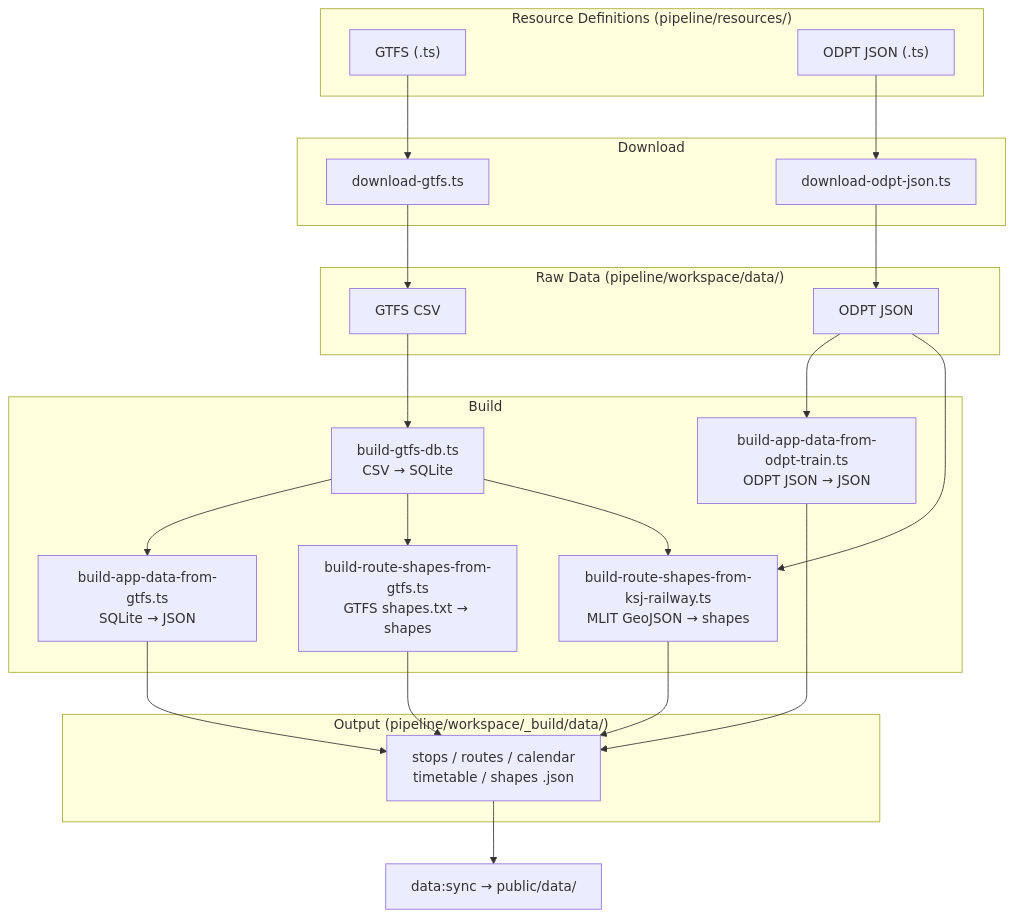
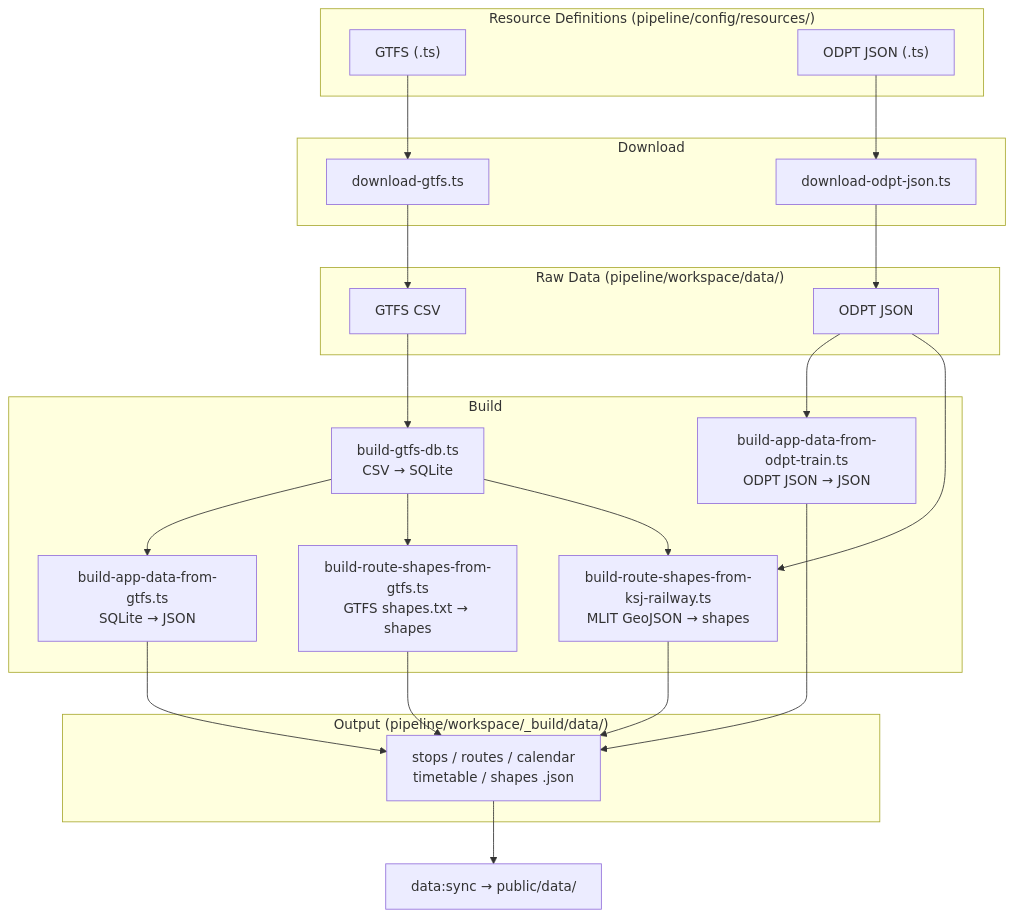
One commit to F88/athenai-transit changed the diagram in pipeline/README.md. Above: the diagram before and after it, drawn with Mermaid. The commit also changed other lines of this file and 25 other files, not shown here.

First line of the commit message:
refactor(pipeline): update all path references for config/ move

````diff
--- a/pipeline/README.md
+++ b/pipeline/README.md
@@ -61,35 +61,35 @@
 ```mermaid
 flowchart TD
-    subgraph src["Resource Definitions (pipeline/resources/)"]
+    subgraph src["Resource Definitions (pipeline/config/resources/)"]
         GR["GTFS (.ts)"]
         OR["ODPT JSON (.ts)"]
     end
 
     subgraph dl["Download"]
         GR --> DG["download-gtfs.ts"]
         OR --> DO["download-odpt-json.ts"]
     end
 
     subgraph raw["Raw Data (pipeline/workspace/data/)"]
         DG --> CSV["GTFS CSV"]
         DO --> OJSON["ODPT JSON"]
     end
 
     subgraph build["Build"]
         CSV --> DB["build-gtfs-db.ts<br/>CSV → SQLite"]
         DB --> BJ["build-app-data-from-gtfs.ts<br/>SQLite → JSON"]
         OJSON --> BO["build-app-data-from-odpt-train.ts<br/>ODPT JSON → JSON"]
         DB --> BGS["build-route-shapes-from-gtfs.ts<br/>GTFS shapes.txt → shapes"]
         DB --> BKS["build-route-shapes-from-ksj-railway.ts<br/>MLIT GeoJSON → shapes"]
         OJSON --> BKS
     end
 
     subgraph out["Output (pipeline/workspace/_build/data/)"]
         BJ --> JSON["stops / routes / calendar<br/>timetable / shapes .json"]
         BO --> JSON
         BGS --> JSON
         BKS --> JSON
     end
 
     JSON --> SYNC["data:sync → public/data/"]
 ```
````
